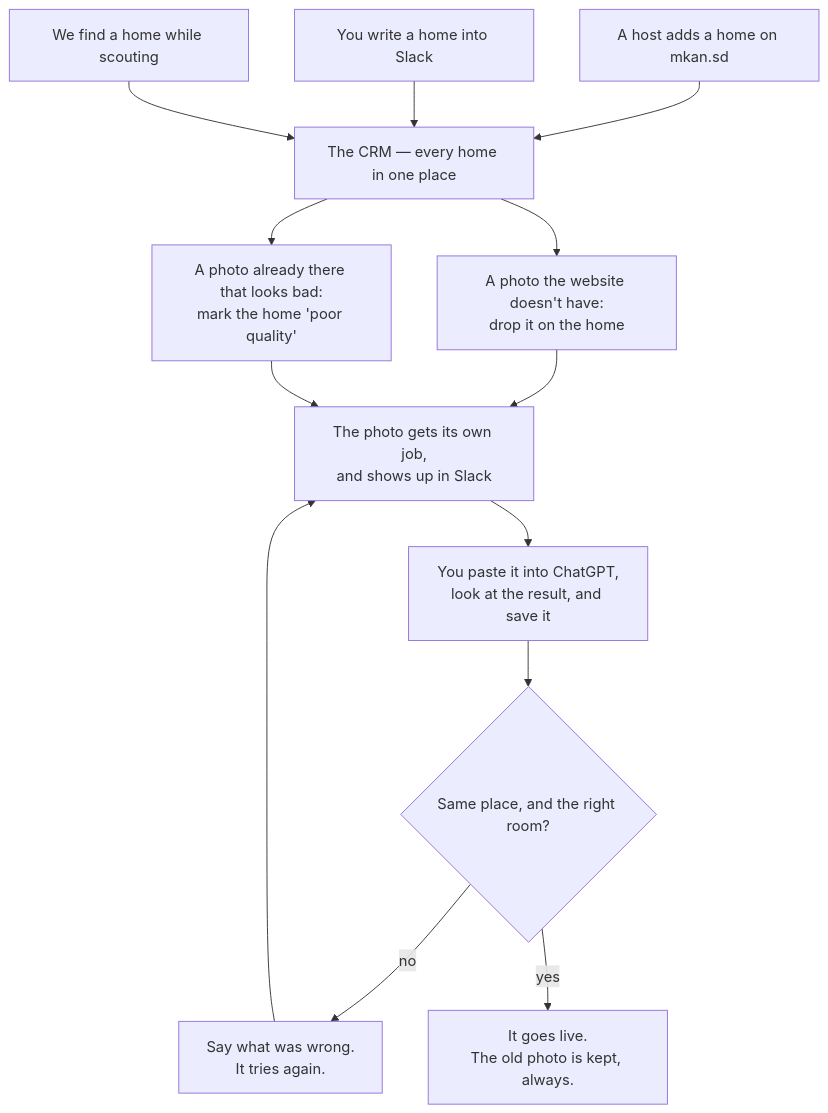
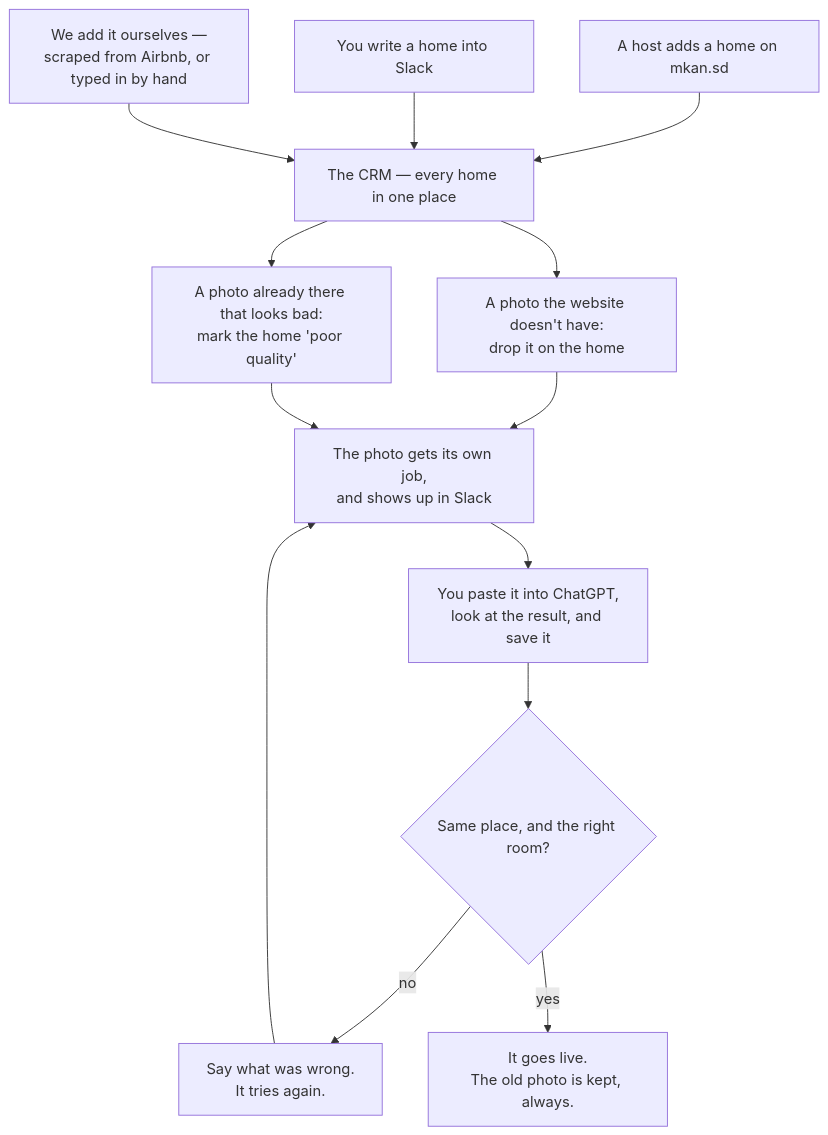
One commit to databayt/kun changed the diagram in content/docs/master.mdx. Above: the diagram before and after it, drawn with Mermaid. The commit also changed other lines of this file, not shown here.

Commit message:
docs(master): say "scraped", because that is where the homes came from
The chart's third source read "we find a home while scouting". That is
not a description of anything: 121 of the 148 homes on the board were
scraped from Airbnb, 26 were typed in by hand, and exactly ONE carries
FIELD_SCOUT. The soft phrase named the one-home category and hid the 121
— the lane that built the entire inventory.

The three ways in are also wildly unequal, and pretending otherwise
makes the picture useless. The table now carries the counts, including
the honest zero: no host has yet added a home on mkan.sd, because that
lane only started running today.

````diff
--- a/content/docs/master.mdx
+++ b/content/docs/master.mdx
@@ -11,23 +11,23 @@
 ```mermaid
 graph TD
     S1["A host adds a home on mkan.sd"]
     S2["You write a home into Slack"]
-    S3["We find a home while scouting"]
+    S3["We add it ourselves —<br/>scraped from Airbnb, or typed in by hand"]
     CRM["The CRM — every home in one place"]
     ADD["A photo the website doesn't have:<br/>drop it on the home"]
     REP["A photo already there that looks bad:<br/>mark the home 'poor quality'"]
     JOB["The photo gets its own job,<br/>and shows up in Slack"]
     YOU["You paste it into ChatGPT,<br/>look at the result, and save it"]
     Q{"Same place, and the right room?"}
     NO["Say what was wrong.<br/>It tries again."]
     YES["It goes live.<br/>The old photo is kept, always."]
 
     S1 --> CRM
     S2 --> CRM
     S3 --> CRM
     CRM --> ADD --> JOB
     CRM --> REP --> JOB
     JOB --> YOU --> Q
     Q -->|no| NO --> JOB
     Q -->|yes| YES
 ```
````
